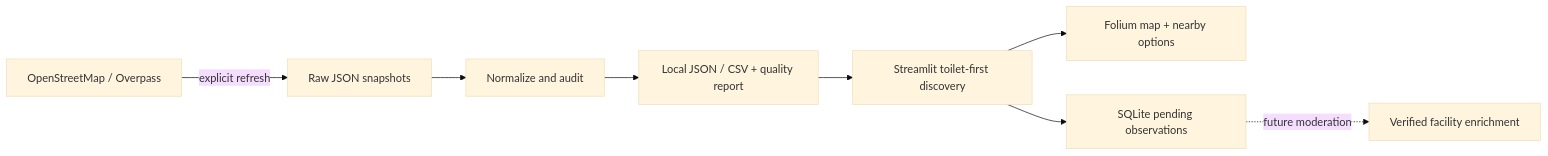
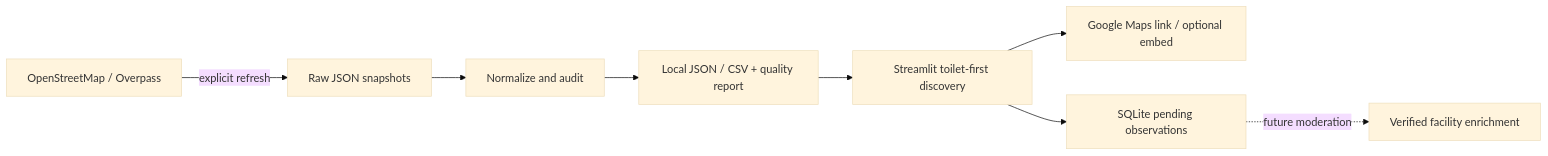
The diagram in README.md (Ayden-Chain/Lokito), drawn with Mermaid (base theme) before and after one commit. The commit also changed other lines of this file and 28 other files, not shown here.

````diff
--- a/README.md
+++ b/README.md
@@ -171,10 +183,10 @@
 ```mermaid
 flowchart LR
     OSM[OpenStreetMap / Overpass] -->|explicit refresh| RAW[Raw JSON snapshots]
     RAW --> CLEAN[Normalize and audit]
     CLEAN --> CACHE[Local JSON / CSV + quality report]
     CACHE --> APP[Streamlit toilet-first discovery]
-    APP --> MAP[Folium map + nearby options]
+    APP --> MAP[Google Maps link / optional embed]
     APP --> REPORTS[SQLite pending observations]
     REPORTS -. future moderation .-> VERIFIED[Verified facility enrichment]
 ```
````
